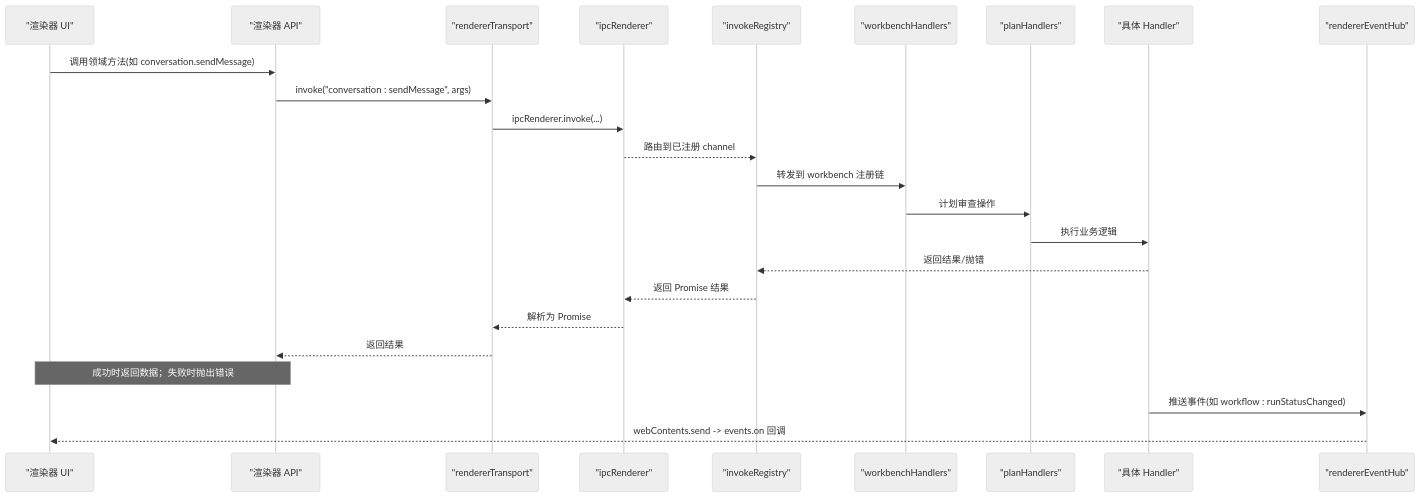
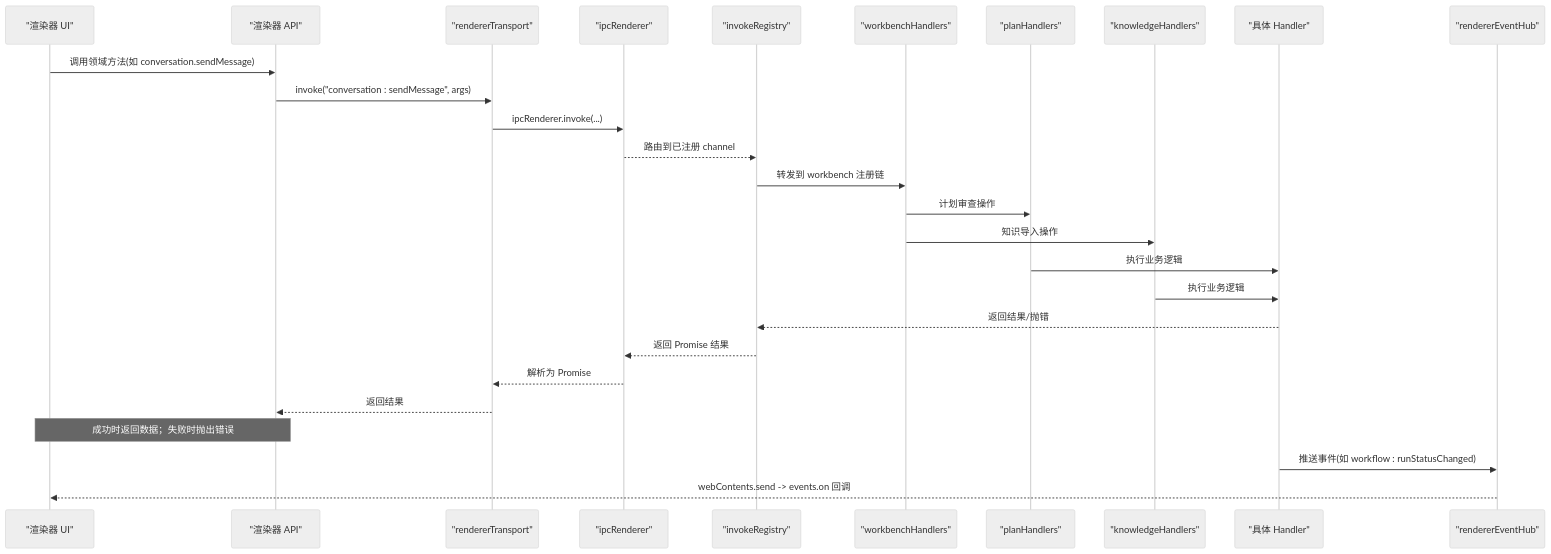
One commit to haolange/RDC-Agent changed the second of 9 diagrams in .qoder/repowiki/zh/content/架构设计/渲染器架构/IPC 通信.md. Above: the diagram before and after it, drawn with Mermaid (neutral theme). The commit also changed other lines of this file and 6 other files, not shown here.

````diff
--- a/.qoder/repowiki/zh/content/架构设计/渲染器架构/IPC 通信.md
+++ b/.qoder/repowiki/zh/content/架构设计/渲染器架构/IPC 通信.md
@@ -120,26 +130,29 @@
 ```mermaid
 sequenceDiagram
 participant UI as "渲染器 UI"
 participant RA as "渲染器 API"
 participant RT as "rendererTransport"
 participant IR as "ipcRenderer"
 participant REG as "invokeRegistry"
 participant WB as "workbenchHandlers"
 participant PH as "planHandlers"
+participant KH as "knowledgeHandlers"
 participant H as "具体 Handler"
 participant EH as "rendererEventHub"
 UI->>RA : 调用领域方法(如 conversation.sendMessage)
 RA->>RT : invoke("conversation : sendMessage", args)
 RT->>IR : ipcRenderer.invoke(...)
 IR-->>REG : 路由到已注册 channel
 REG->>WB : 转发到 workbench 注册链
 WB->>PH : 计划审查操作
+WB->>KH : 知识导入操作
 PH->>H : 执行业务逻辑
+KH->>H : 执行业务逻辑
 H-->>REG : 返回结果/抛错
 REG-->>IR : 返回 Promise 结果
 IR-->>RT : 解析为 Promise
 RT-->>RA : 返回结果
 Note over UI,RA : 成功时返回数据；失败时抛出错误
 H->>EH : 推送事件(如 workflow : runStatusChanged)
 EH-->>UI : webContents.send -> events.on 回调
 ```
````
